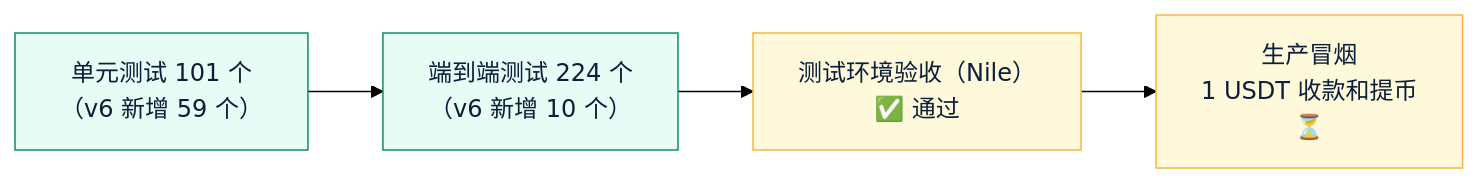
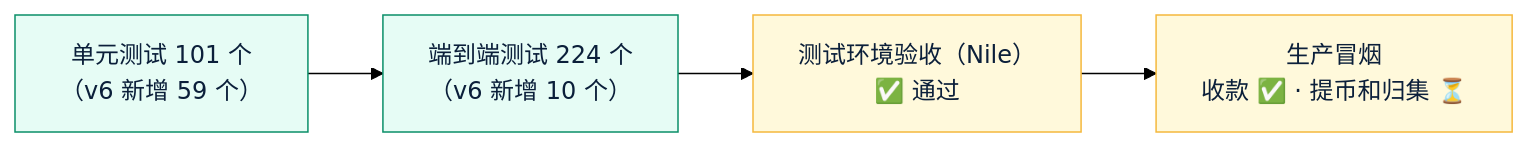
Before and after one commit to dollar3651314/amos111: the diagram in 测试报告/v6-测试报告.md, drawn with Mermaid (forest theme). The commit also changed other lines of this file and 3 other files, not shown here.

````diff
--- a/测试报告/v6-测试报告.md
+++ b/测试报告/v6-测试报告.md
@@ -10,11 +10,11 @@
 ```mermaid
 flowchart LR
     U["单元测试 101 个<br/>（v6 新增 59 个）"] --> E["端到端测试 224 个<br/>（v6 新增 10 个）"]
     E --> S["测试环境验收（Nile）<br/>✅ 通过"]
-    S --> P["生产冒烟<br/>1 USDT 收款和提币<br/>⏳"]
+    S --> P["生产冒烟<br/>收款 ✅ · 提币和归集 ⏳"]
 
     classDef ok fill:#E6FCF5,stroke:#0A8F68,color:#0B1F3A
     classDef wait fill:#FFF9DB,stroke:#F5B83D,color:#0B1F3A
     class U,E,S ok
     class S,P wait
 ```
````
